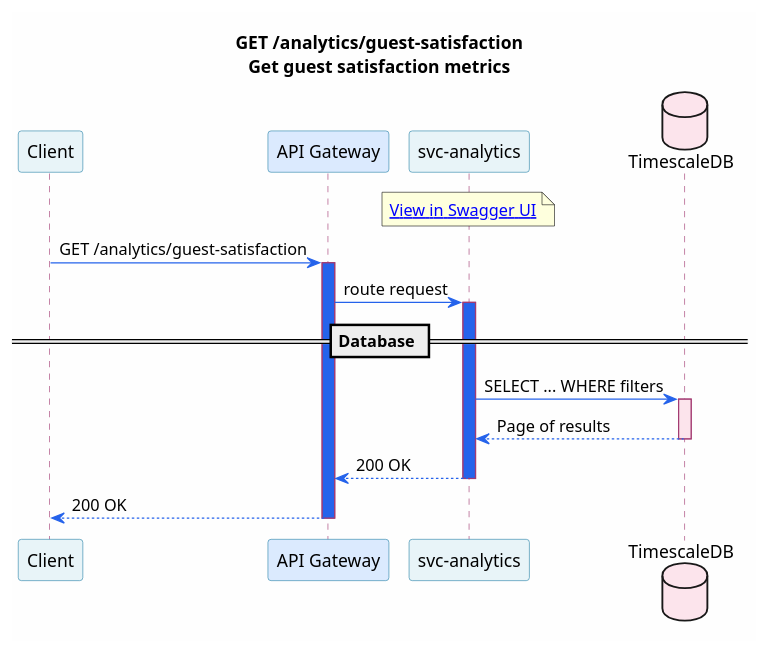
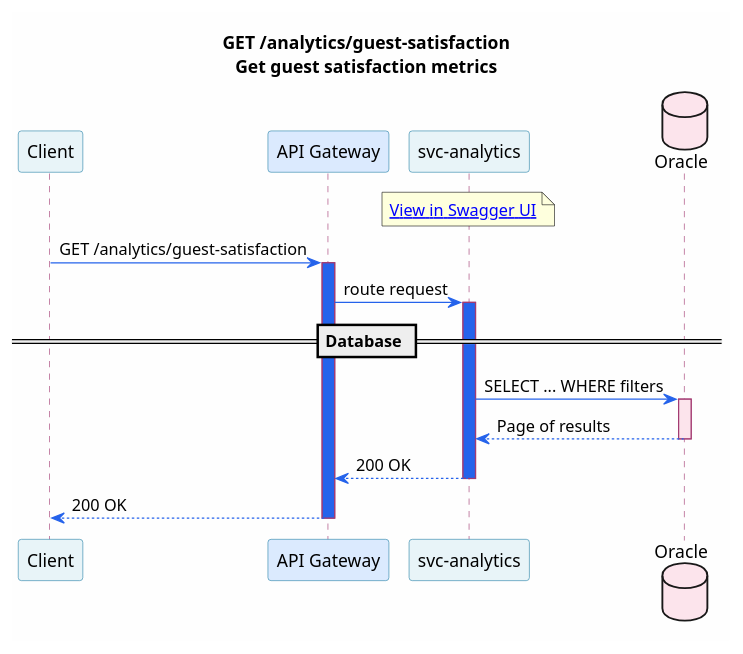
One commit to christopherblaisdell/continuous-architecture-platform-poc changed the diagram in portal/docs/microservices/puml/svc-analytics--get-analytics-guest-satisfaction.puml. Above: the diagram before and after it, drawn with PlantUML. The commit also changed 188 other files, not shown here.

Commit message:
added more complex sequence diagrams

```diff
--- a/portal/docs/microservices/puml/svc-analytics--get-analytics-guest-satisfaction.puml
+++ b/portal/docs/microservices/puml/svc-analytics--get-analytics-guest-satisfaction.puml
@@ -1,45 +1,45 @@
 @startuml svc-analytics--get-analytics-guest-satisfaction
 
 skinparam backgroundColor #FEFEFE
 skinparam shadowing false
 skinparam defaultFontName "Segoe UI"
 skinparam sequence {
     ArrowColor #2563eb
     ParticipantBorderColor #2E86AB
     ParticipantBackgroundColor #E8F4F8
     LifeLineBorderColor #A23B72
     BoxBorderColor #F18F01
     BoxBackgroundColor #FFF8F0
     NoteBorderColor #c77b30
     NoteBackgroundColor #FEF3E7
 }
 
 title GET /analytics/guest-satisfaction\nGet guest satisfaction metrics
 
 participant "Client" as Client
 participant "API Gateway" as GW #DBEAFE
 participant "svc-analytics" as Svc [[/microservices/svc-analytics/]] #E8F4F8
-database "TimescaleDB" as DB #FCE4EC
+database "Oracle" as DB #FCE4EC
 
 note over Svc
   [[/services/api/svc-analytics.html#/Guest%20Experience/getGuestSatisfaction View in Swagger UI]]
 end note
 
 Client -> GW : GET /analytics/guest-satisfaction
 activate GW #2563eb
 GW -> Svc : route request
 activate Svc #2563eb
 
 == Database ==
 
 Svc -> DB : SELECT ... WHERE filters
 activate DB #FCE4EC
 DB --> Svc : Page of results
 deactivate DB
 
 Svc --> GW : 200 OK
 deactivate Svc
 GW --> Client : 200 OK
 deactivate GW
 
 @enduml
```
